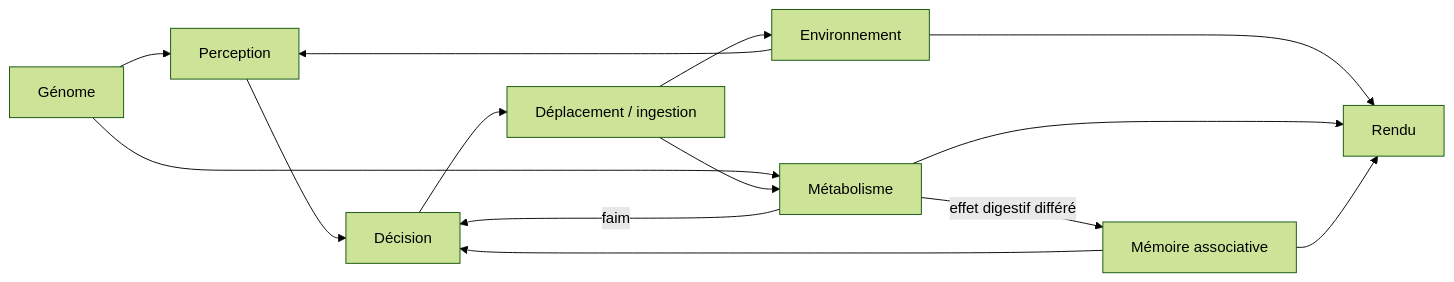
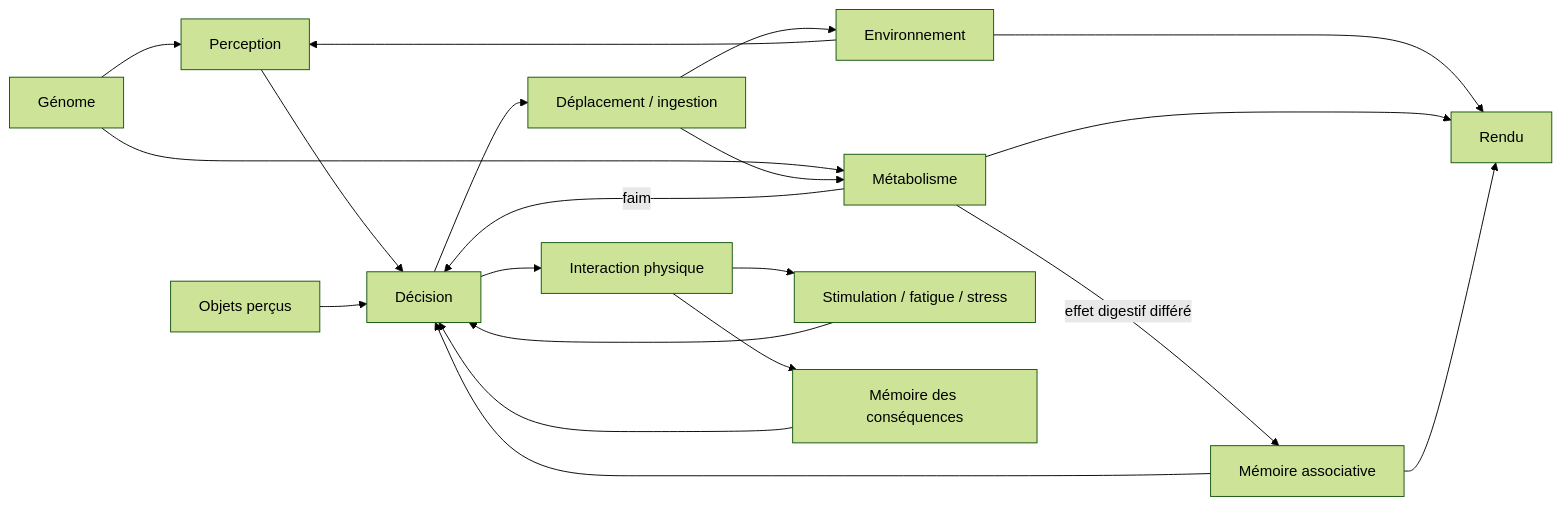
Before and after one commit to Ankool29/Artificial-life: the diagram in docs/architecture.md, drawn with Mermaid (forest theme). The commit also changed other lines of this file and 5 other files, not shown here.

````diff
--- a/docs/architecture.md
+++ b/docs/architecture.md
@@ -5,16 +5,22 @@
 ```mermaid
 flowchart LR
   G[Génome] --> P[Perception]
   G --> M[Métabolisme]
   W[Environnement] --> P
   P --> D[Décision]
   B[Mémoire associative] --> D
   M -->|faim| D
+  N[Stimulation / fatigue / stress] --> D
+  O[Objets perçus] --> D
+  D --> I[Interaction physique]
+  I --> N
+  I --> OB[Mémoire des conséquences]
+  OB --> D
   D --> A[Déplacement / ingestion]
   A --> W
   A --> M
   M -->|effet digestif différé| B
   W --> R[Rendu]
   M --> R
   B --> R
 ```
````
